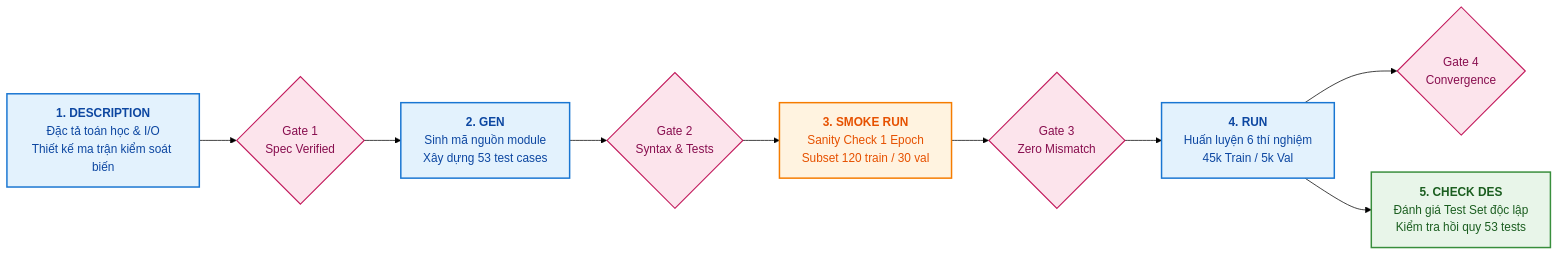
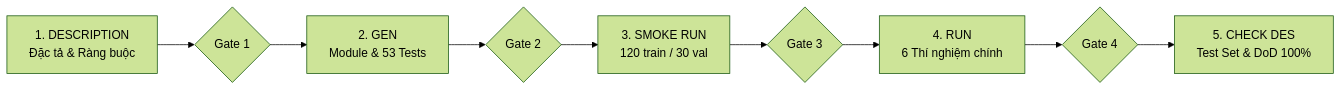
One commit to khanhlinh616/DL_Lab2_Nhom1 changed the diagram in docs/audit-log.md. Above: the diagram before and after it, drawn with Mermaid (forest theme). The commit also changed other lines of this file and 4 other files, not shown here.

````diff
--- a/docs/audit-log.md
+++ b/docs/audit-log.md
@@ -35,16 +17,4 @@
 ```mermaid
 flowchart LR
-    classDef stepBox fill:#e3f2fd,stroke:#1976d2,stroke-width:2px,color:#0d47a1;
-    classDef checkStage fill:#e8f5e9,stroke:#388e3c,stroke-width:2px,color:#1b5e20;
-    classDef smokeStage fill:#fff3e0,stroke:#f57c00,stroke-width:2px,color:#e65100;
-    classDef gateBox fill:#fce4ec,stroke:#c2185b,stroke-width:1.5px,color:#880e4f;
-
-    S1["<b>1. DESCRIPTION</b><br/>Đặc tả toán học & I/O<br/>Thiết kế ma trận kiểm soát biến"]:::stepBox --> G1{"Gate 1<br/>Spec Verified"}:::gateBox
-    G1 --> S2["<b>2. GEN</b><br/>Sinh mã nguồn module<br/>Xây dựng 53 test cases"]:::stepBox
-    S2 --> G2{"Gate 2<br/>Syntax & Tests"}:::gateBox
-    G2 --> S3["<b>3. SMOKE RUN</b><br/>Sanity Check 1 Epoch<br/>Subset 120 train / 30 val"]:::smokeStage
-    S3 --> G3{"Gate 3<br/>Zero Mismatch"}:::gateBox
-    G3 --> S4["<b>4. RUN</b><br/>Huấn luyện 6 thí nghiệm<br/>45k Train / 5k Val"]:::stepBox
-    S4 --> G4{"Gate 4<br/>Convergence"}:::gateBox
-    S4 --> S5["<b>5. CHECK DES</b><br/>Đánh giá Test Set độc lập<br/>Kiểm tra hồi quy 53 tests"]:::checkStage
+    S1["1. DESCRIPTION<br/>Đặc tả & Ràng buộc"] --> G1{"Gate 1"} --> S2["2. GEN<br/>Module & 53 Tests"] --> G2{"Gate 2"} --> S3["3. SMOKE RUN<br/>120 train / 30 val"] --> G3{"Gate 3"} --> S4["4. RUN<br/>6 Thí nghiệm chính"] --> G4{"Gate 4"} --> S5["5. CHECK DES<br/>Test Set & DoD 100%"]
 ```
````
